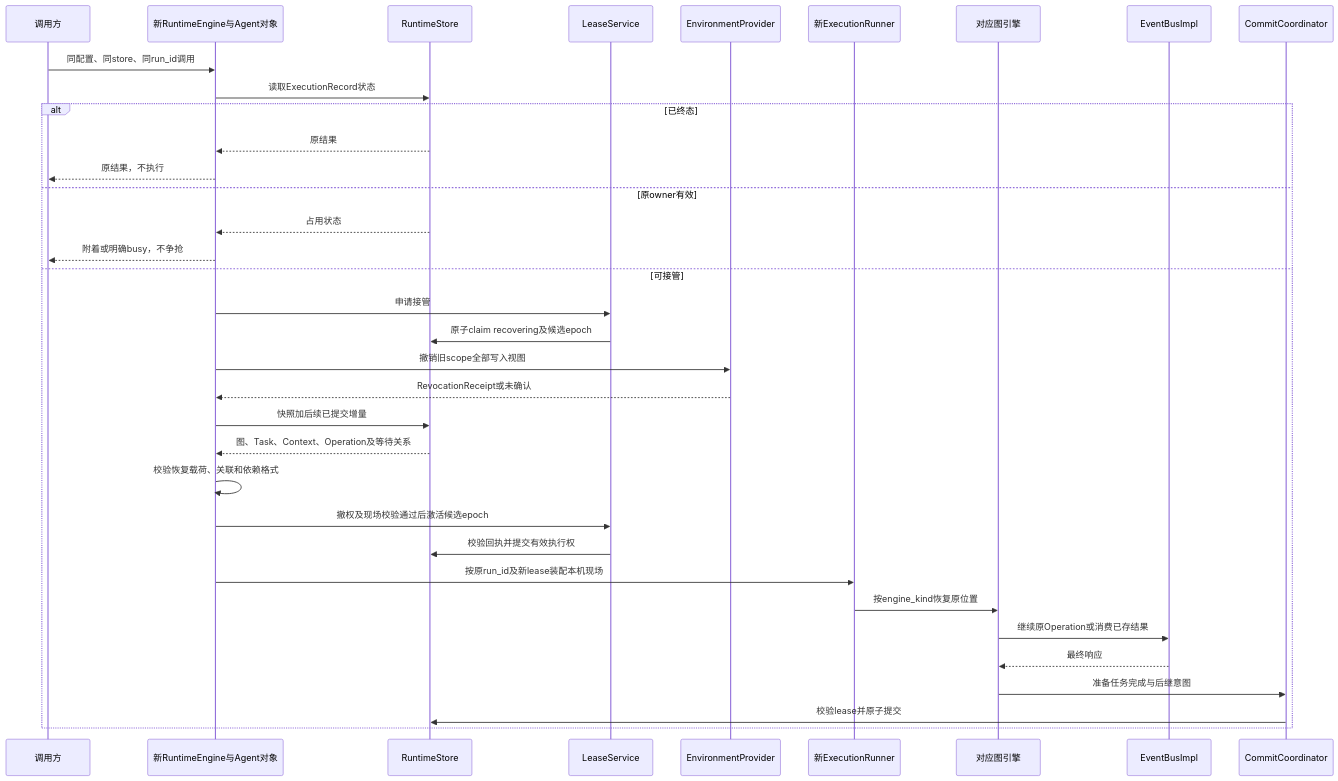
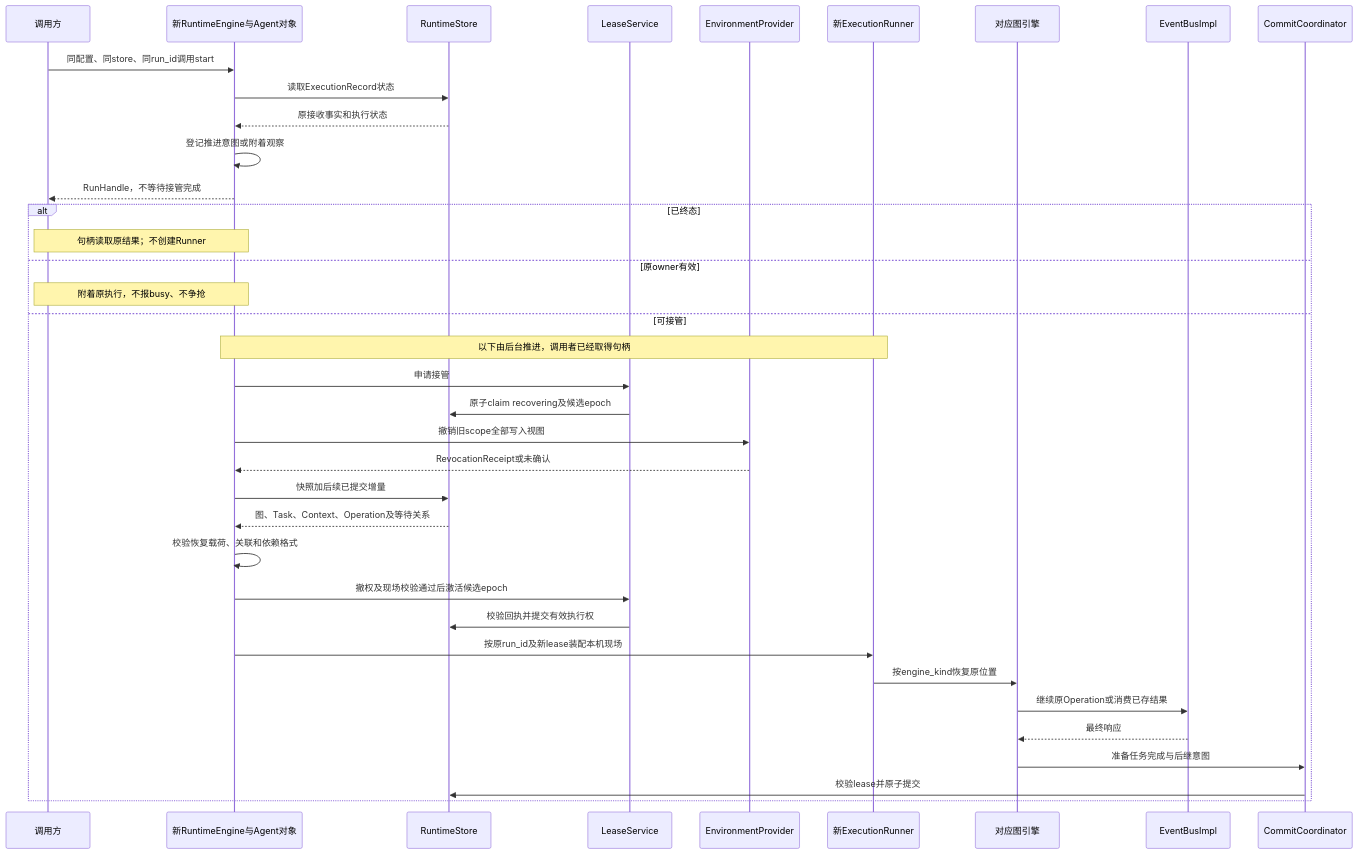
Diagram 14 of 14 in docs/sdk/object-collaboration.md (dujian0068/agent-loom), drawn with Mermaid before and after one commit. The commit also changed other lines of this file and 17 other files, not shown here.

````diff
--- a/docs/sdk/object-collaboration.md
+++ b/docs/sdk/object-collaboration.md
@@ -604,37 +868,39 @@
 ```mermaid
 sequenceDiagram
     participant A as 调用方
     participant R as 新RuntimeEngine与Agent对象
     participant S as RuntimeStore
     participant L as LeaseService
     participant V as EnvironmentProvider
     participant X as 新ExecutionRunner
     participant E as 对应图引擎
     participant P as EventBusImpl
     participant C as CommitCoordinator
-    A->>R: 同配置、同store、同run_id调用
+    A->>R: 同配置、同store、同run_id调用start
     R->>S: 读取ExecutionRecord状态
+    S-->>R: 原接收事实和执行状态
+    R->>R: 登记推进意图或附着观察
+    R-->>A: RunHandle，不等待接管完成
     alt 已终态
-        S-->>R: 原结果
-        R-->>A: 原结果，不执行
+        Note over A,R: 句柄读取原结果；不创建Runner
     else 原owner有效
-        S-->>R: 占用状态
-        R-->>A: 附着或明确busy，不争抢
+        Note over A,R: 附着原执行，不报busy、不争抢
     else 可接管
+        Note over R,X: 以下由后台推进，调用者已经取得句柄
         R->>L: 申请接管
         L->>S: 原子claim recovering及候选epoch
         R->>V: 撤销旧scope全部写入视图
         V-->>R: RevocationReceipt或未确认
         R->>S: 快照加后续已提交增量
         S-->>R: 图、Task、Context、Operation及等待关系
         R->>R: 校验恢复载荷、关联和依赖格式
         R->>L: 撤权及现场校验通过后激活候选epoch
         L->>S: 校验回执并提交有效执行权
         R->>X: 按原run_id及新lease装配本机现场
         X->>E: 按engine_kind恢复原位置
         E->>P: 继续原Operation或消费已存结果
         P-->>E: 最终响应
         E->>C: 准备任务完成与后继意图
         C->>S: 校验lease并原子提交
     end
 ```
````
